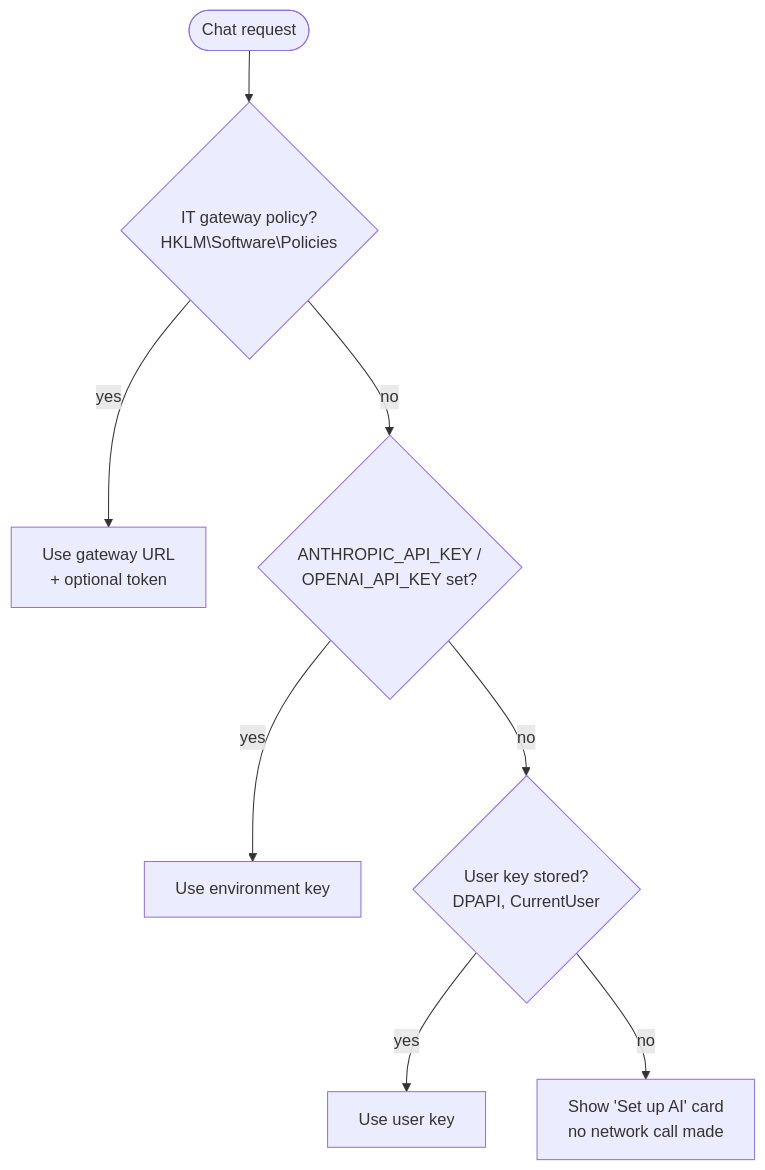
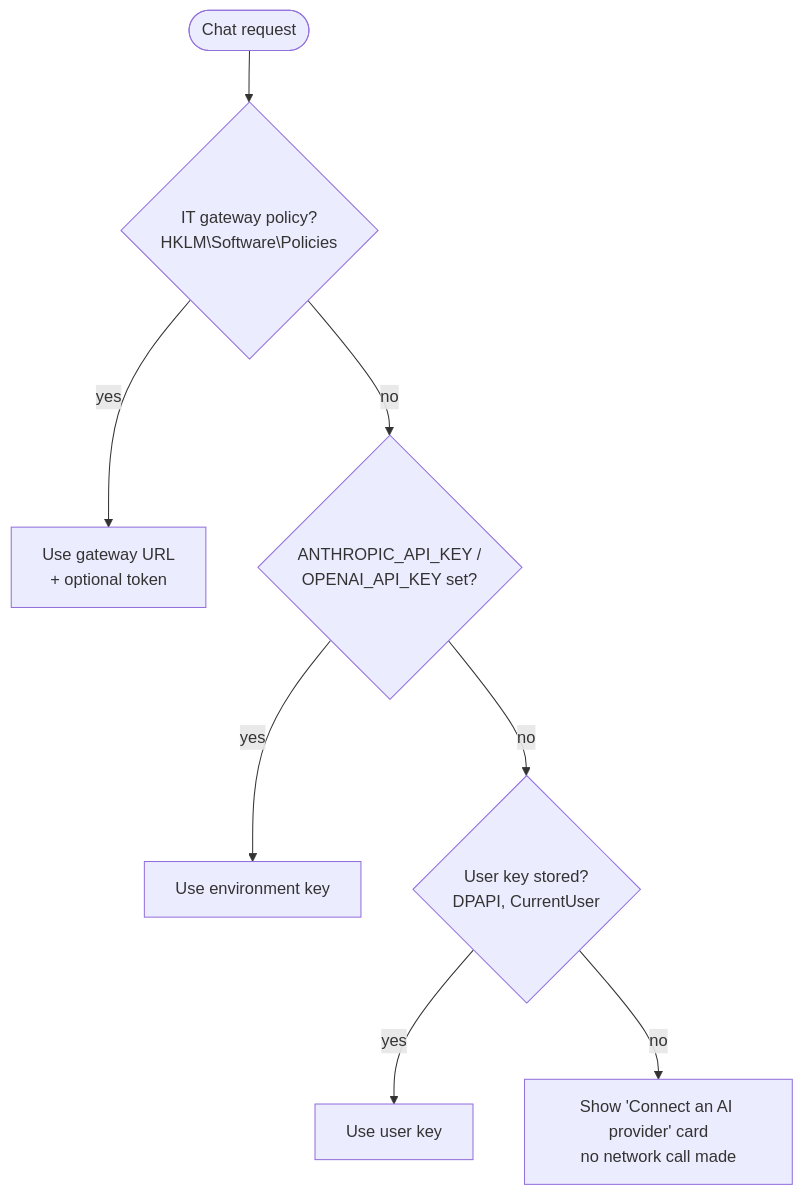
Before and after one commit to RelentlessOldMan/ChatbotAddonDemo: the fourth of 6 diagrams in docs/design.md, drawn with Mermaid. The commit also changed other lines of this file and 76 other files, not shown here.

````diff
--- a/docs/design.md
+++ b/docs/design.md
@@ -137,10 +253,10 @@
 ```mermaid
 flowchart TD
     start([Chat request]) --> gw{IT gateway policy?<br/>HKLM\Software\Policies}
     gw -- yes --> usegw[Use gateway URL<br/>+ optional token]
     gw -- no --> env{ANTHROPIC_API_KEY /<br/>OPENAI_API_KEY set?}
     env -- yes --> useenv[Use environment key]
     env -- no --> user{User key stored?<br/>DPAPI, CurrentUser}
     user -- yes --> useuser[Use user key]
-    user -- no --> prompt["Show 'Set up AI' card<br/>no network call made"]
+    user -- no --> prompt["Show 'Connect an AI provider' card<br/>no network call made"]
 ```
````
